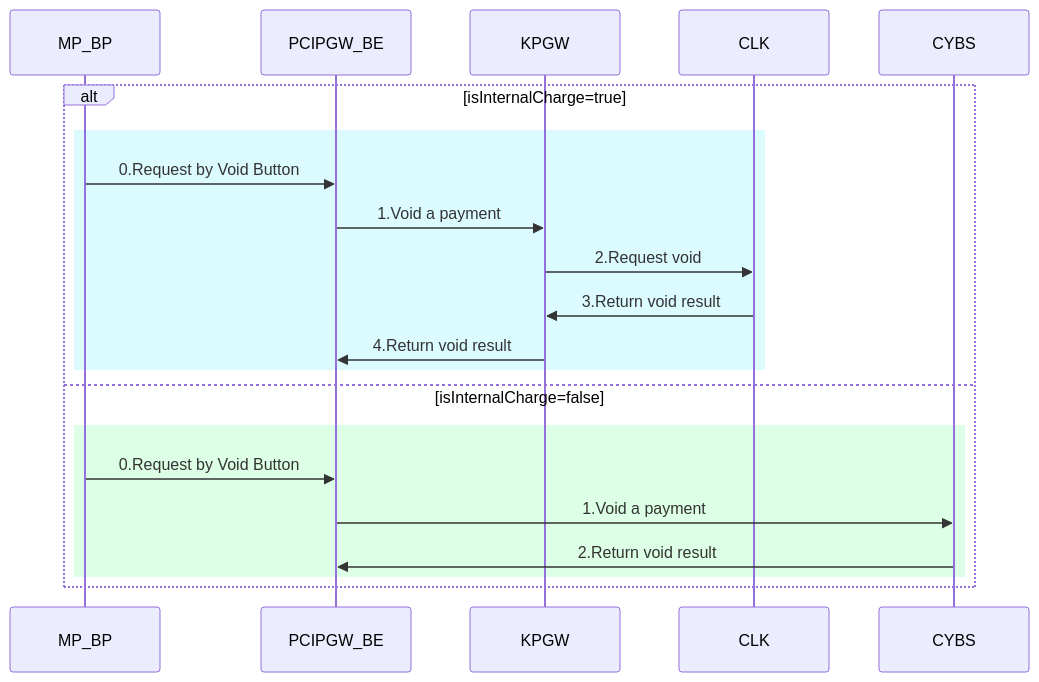
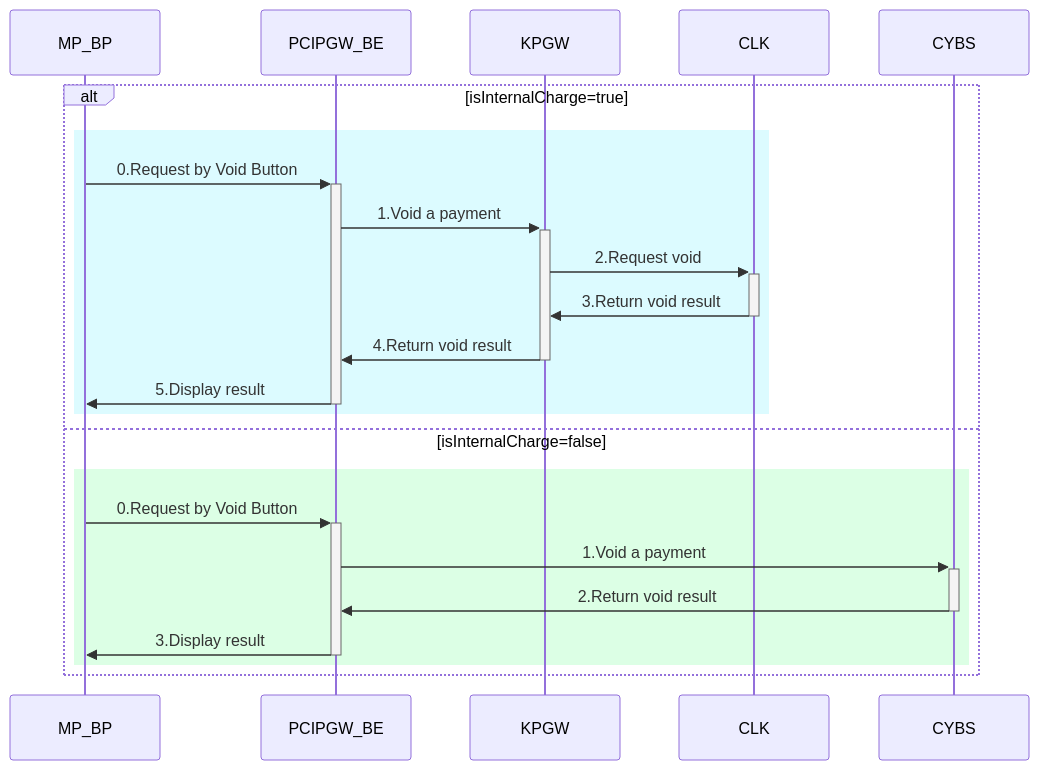
One commit to yuusuke25/MyNotes changed the second of 3 diagrams in Cybs-Ph2-Flow2.md. Above: the diagram before and after it, drawn with Mermaid. The commit also changed other lines of this file, not shown here.

````diff
--- a/Cybs-Ph2-Flow2.md
+++ b/Cybs-Ph2-Flow2.md
@@ -26,18 +27,20 @@
 ```mermaid
     sequenceDiagram
         alt isInternalCharge=true
             rect rgb(220, 251, 255)
-                MP_BP->>PCIPGW_BE:0.Request by Void Button
-                PCIPGW_BE->>KPGW:1.Void a payment
-                KPGW->>CLK:2.Request void
-                CLK->>KPGW:3.Return void result
-                KPGW->>PCIPGW_BE:4.Return void result
+                MP_BP->>+PCIPGW_BE:0.Request by Void Button
+                PCIPGW_BE->>+KPGW:1.Void a payment
+                KPGW->>+CLK:2.Request void
+                CLK->>-KPGW:3.Return void result
+                KPGW->>-PCIPGW_BE:4.Return void result
+                PCIPGW_BE->>-MP_BP:5.Display result
             end
         else isInternalCharge=false
             rect rgb(220, 255, 229)
-                MP_BP->>PCIPGW_BE:0.Request by Void Button
-                PCIPGW_BE->>CYBS:1.Void a payment
-                CYBS->>PCIPGW_BE:2.Return void result
+                MP_BP->>+PCIPGW_BE:0.Request by Void Button
+                PCIPGW_BE->>+CYBS:1.Void a payment
+                CYBS->>-PCIPGW_BE:2.Return void result
+                PCIPGW_BE->>-MP_BP:3.Display result
             end
         end
 ```
````
